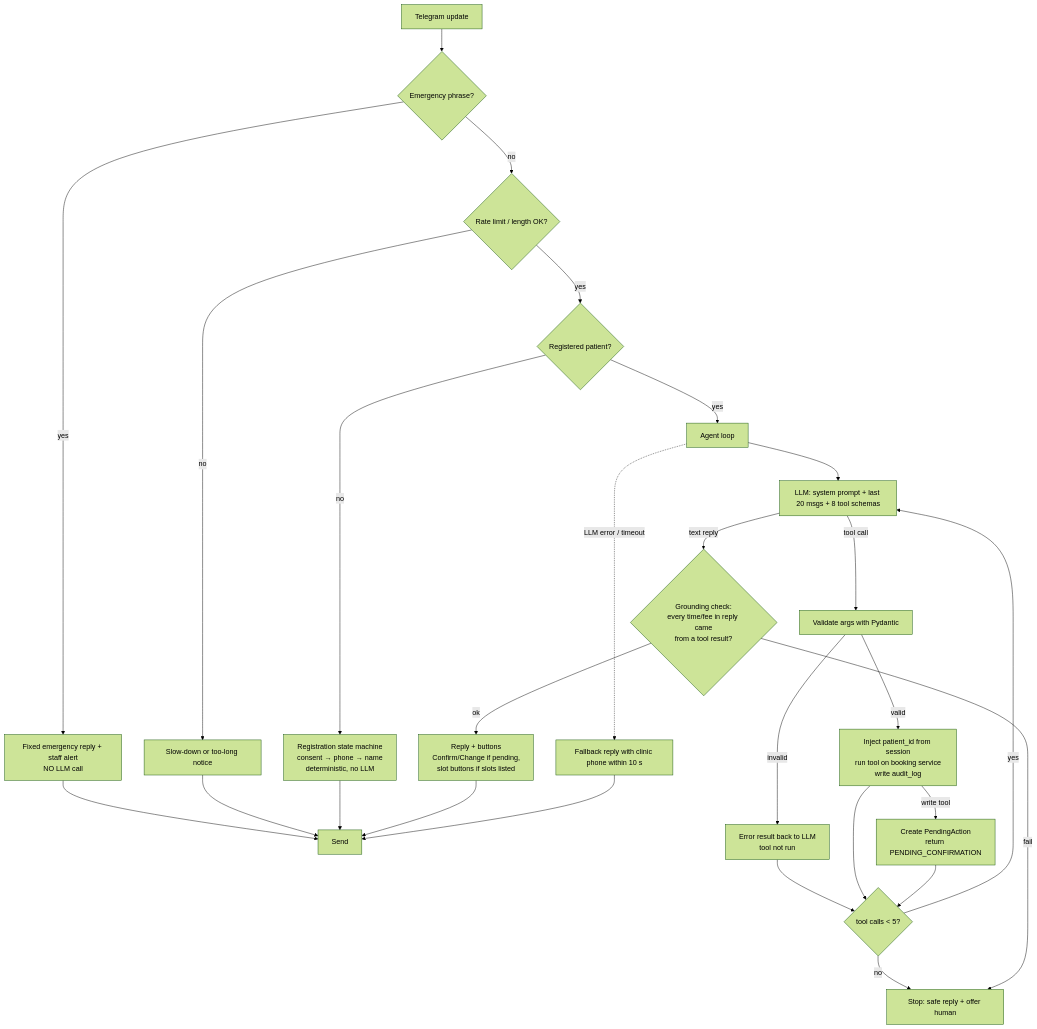
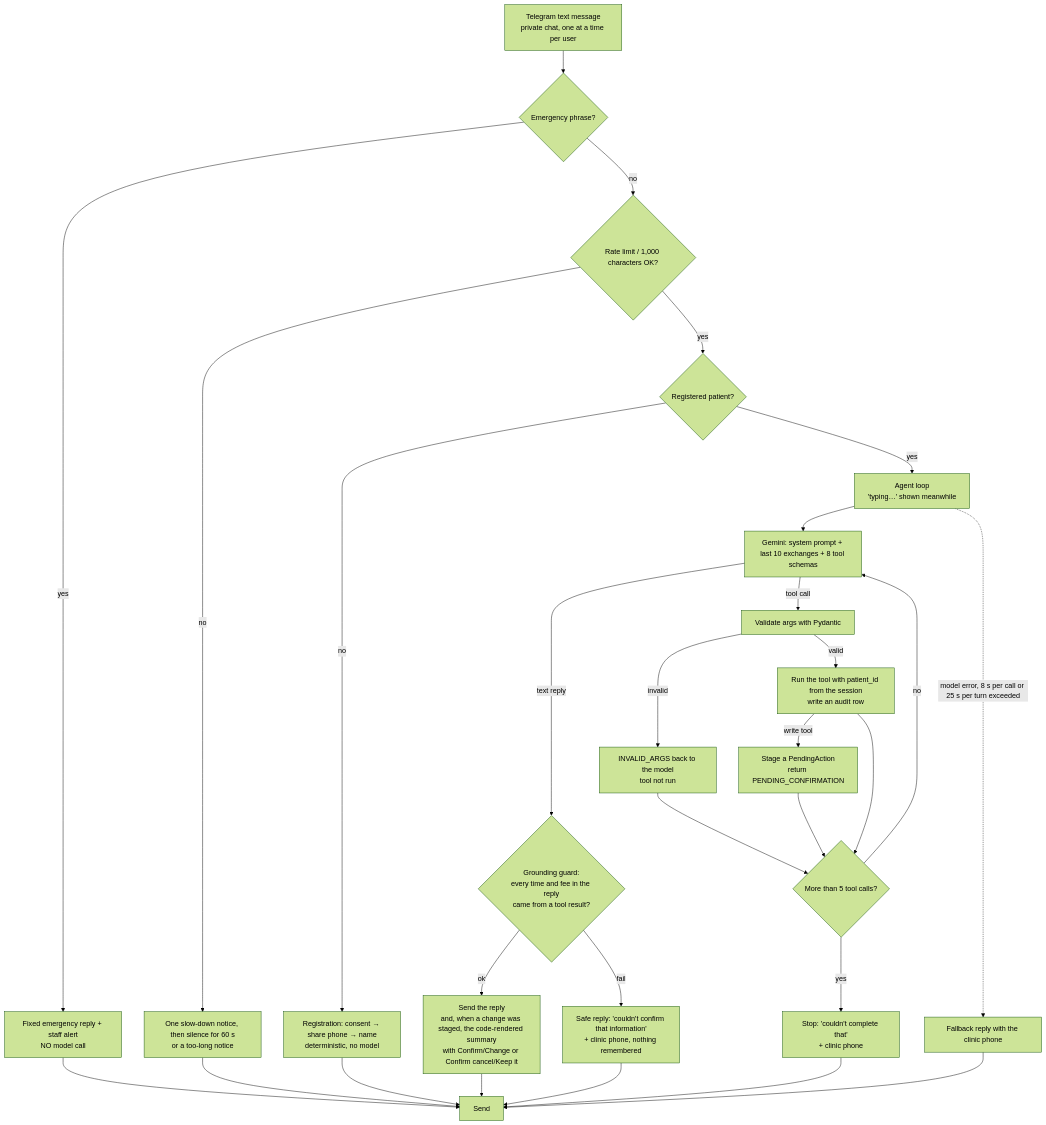
Before and after one commit to armankhan1999/Clinic_Appointment_System_AI: the first of 2 diagrams in docs/architecture/agent-design.md, drawn with Mermaid (forest theme). The commit also changed other lines of this file and 4 other files, not shown here.

First line of the commit message:
docs(architecture): describe the system as built

````diff
--- a/docs/architecture/agent-design.md
+++ b/docs/architecture/agent-design.md
@@ -7,26 +7,28 @@
 ```mermaid
 flowchart TD
-    A[Telegram update] --> B{Emergency phrase?}
-    B -->|yes| B1[Fixed emergency reply + staff alert<br/>NO LLM call] --> Z[Send]
-    B -->|no| C{Rate limit / length OK?}
-    C -->|no| C1[Slow-down or too-long notice] --> Z
+    A[Telegram text message<br/>private chat, one at a time per user] --> B{Emergency phrase?}
+    B -->|yes| B1[Fixed emergency reply + staff alert<br/>NO model call] --> Z[Send]
+    B -->|no| C{Rate limit / 1,000 characters OK?}
+    C -->|no| C1[One slow-down notice, then silence for 60 s<br/>or a too-long notice] --> Z
     C -->|yes| D{Registered patient?}
-    D -->|no| R[Registration state machine<br/>consent → phone → name<br/>deterministic, no LLM] --> Z
-    D -->|yes| E[Agent loop]
-    E --> F[LLM: system prompt + last 20 msgs + 8 tool schemas]
-    F -->|text reply| G{Grounding check:<br/>every time/fee in reply came<br/>from a tool result?}
+    D -->|no| R[Registration: consent → share phone → name<br/>deterministic, no model] --> Z
+    D -->|yes| E[Agent loop<br/>'typing…' shown meanwhile]
+    E --> F[Gemini: system prompt + last 10 exchanges + 8 tool schemas]
+    F -->|text reply| G{Grounding guard:<br/>every time and fee in the reply<br/>came from a tool result?}
     F -->|tool call| H[Validate args with Pydantic]
-    H -->|invalid| H1[Error result back to LLM<br/>tool not run]
-    H -->|valid| I[Inject patient_id from session<br/>run tool on booking service<br/>write audit_log]
-    I -->|write tool| P[Create PendingAction<br/>return PENDING_CONFIRMATION]
-    H1 --> J{tool calls < 5?}
+    H -->|invalid| H1[INVALID_ARGS back to the model<br/>tool not run]
+    H -->|valid| I[Run the tool with patient_id from the session<br/>write an audit row]
+    I -->|write tool| P[Stage a PendingAction<br/>return PENDING_CONFIRMATION]
+    H1 --> J{More than 5 tool calls?}
     I --> J
     P --> J
-    J -->|yes| F
-    J -->|no| K[Stop: safe reply + offer human]
-    G -->|ok| L[Reply + buttons<br/>Confirm/Change if pending,<br/>slot buttons if slots listed]
-    G -->|fail| K
+    J -->|no| F
+    J -->|yes| K[Stop: 'couldn't complete that'<br/>+ clinic phone]
+    G -->|ok| L[Send the reply<br/>and, when a change was staged, the code-rendered summary<br/>with Confirm/Change or Confirm cancel/Keep it]
+    G -->|fail| U[Safe reply: 'couldn't confirm that information'<br/>+ clinic phone, nothing remembered]
     L --> Z
-    E -.->|LLM error / timeout| X[Fallback reply with clinic phone within 10 s]
+    K --> Z
+    U --> Z
+    E -.->|model error, 8 s per call or 25 s per turn exceeded| X[Fallback reply with the clinic phone]
     X --> Z
 ```
````
